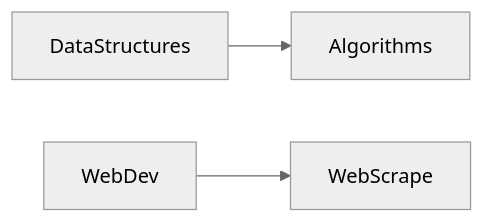
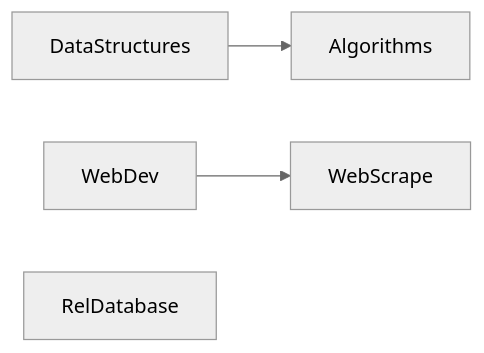
The second of 3 diagrams in README.md (BenagainB/CSDegreeInPython), drawn with Mermaid (neutral theme) before and after one commit. The commit also changed other lines of this file, not shown here.

Commit message:
update mermaid

````diff
--- a/README.md
+++ b/README.md
@@ -50,5 +53,7 @@
 ```mermaid
 graph LR;
     DataStructures-->Algorithms;
     WebDev-->WebScrape;
+    RelDatabase;
+
 ```
````
